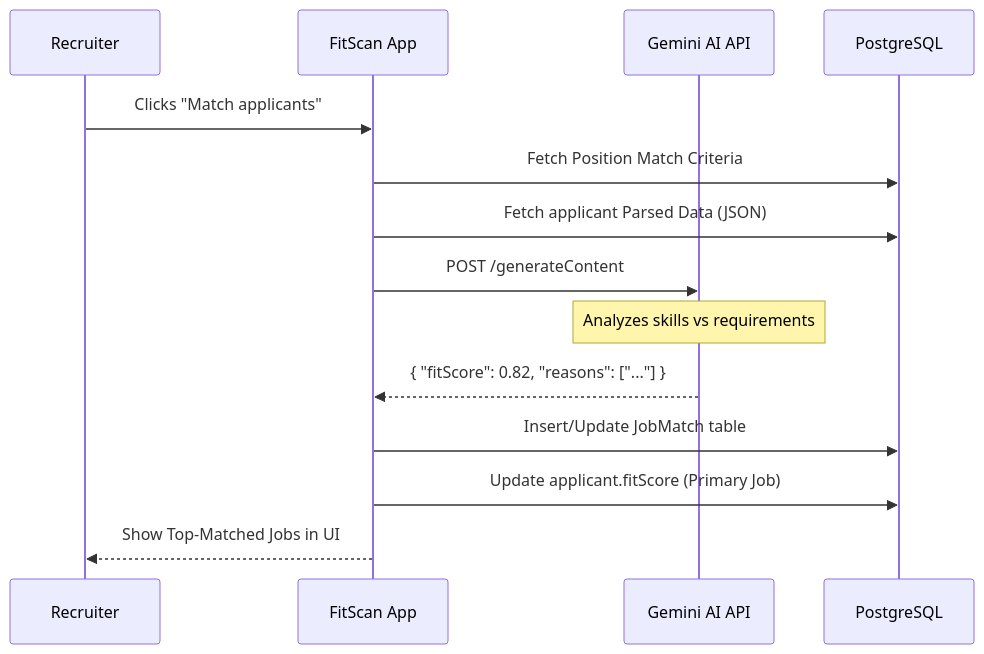
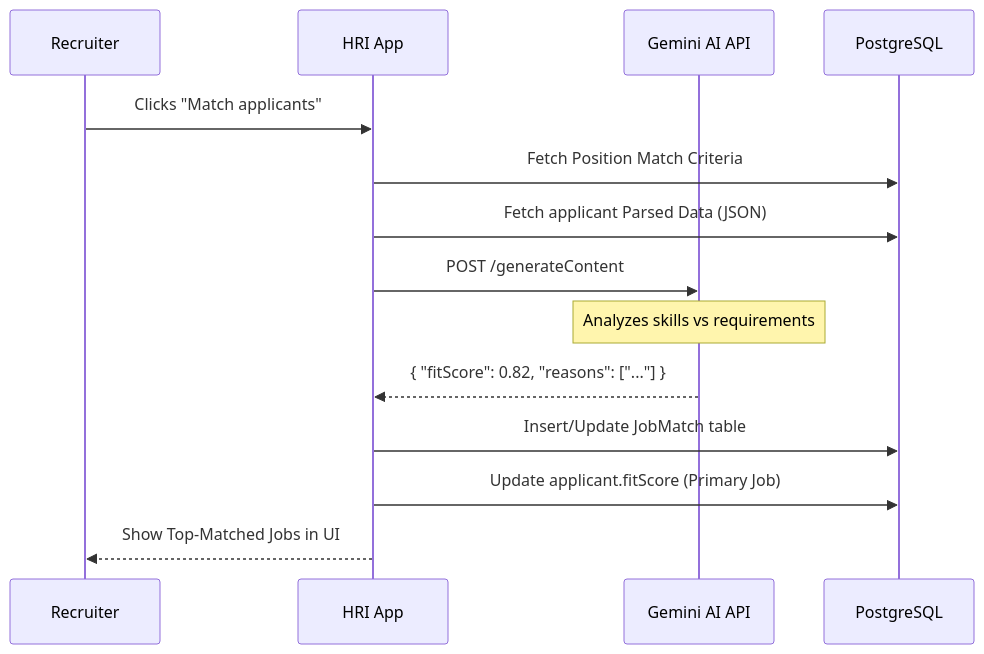
The diagram in docs/workflows/Job Matching Flow.md (poojaroonwit/studio), drawn with Mermaid before and after one commit. The commit also changed other lines of this file and 119 other files, not shown here.

````diff
--- a/docs/workflows/Job Matching Flow.md
+++ b/docs/workflows/Job Matching Flow.md
@@ -15,21 +15,21 @@
 ```mermaid
 sequenceDiagram
     participant Rec as Recruiter
-    participant App as FitScan App
+    participant App as HRI App
     participant Gemini as Gemini AI API
     participant DB as PostgreSQL
 
     Rec->>App: Clicks "Match applicants"
     App->>DB: Fetch Position Match Criteria
     App->>DB: Fetch applicant Parsed Data (JSON)
     
     App->>Gemini: POST /generateContent
     Note over Gemini: Analyzes skills vs requirements
     
     Gemini-->>App: { "fitScore": 0.82, "reasons": ["..."] }
     
     App->>DB: Insert/Update JobMatch table
     App->>DB: Update applicant.fitScore (Primary Job)
     
     App-->>Rec: Show Top-Matched Jobs in UI
 ```
````
